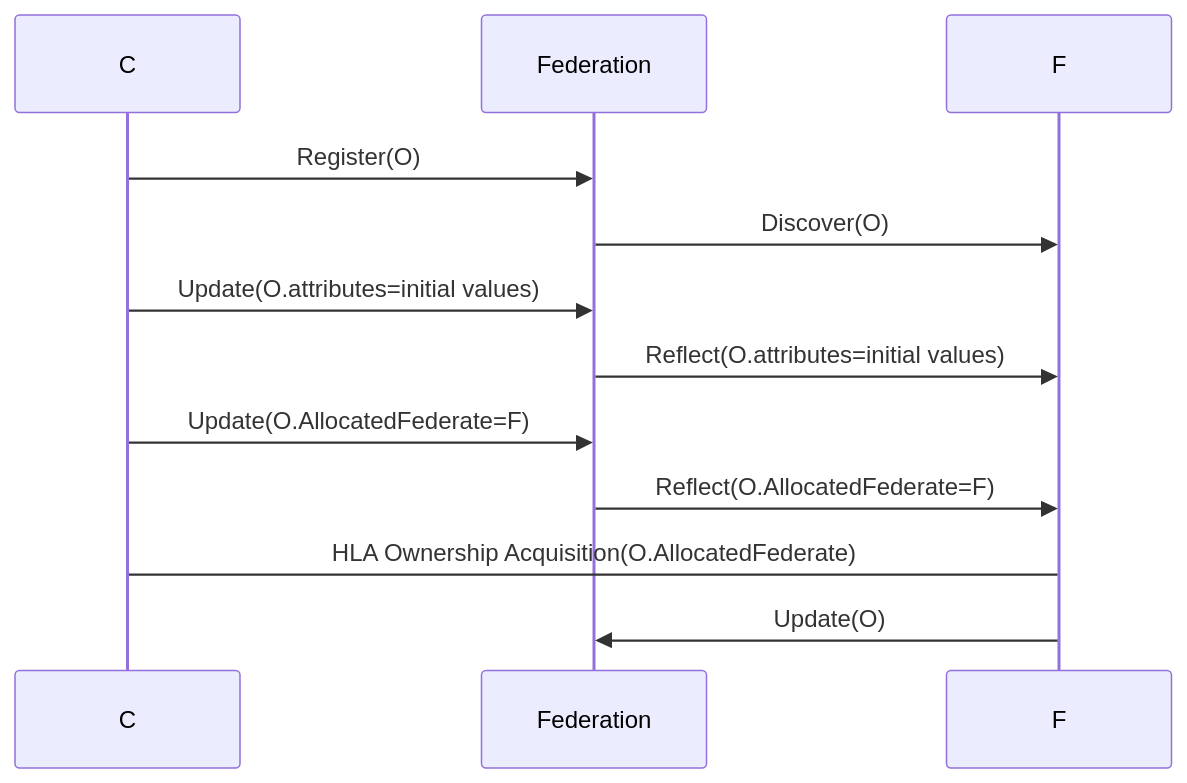
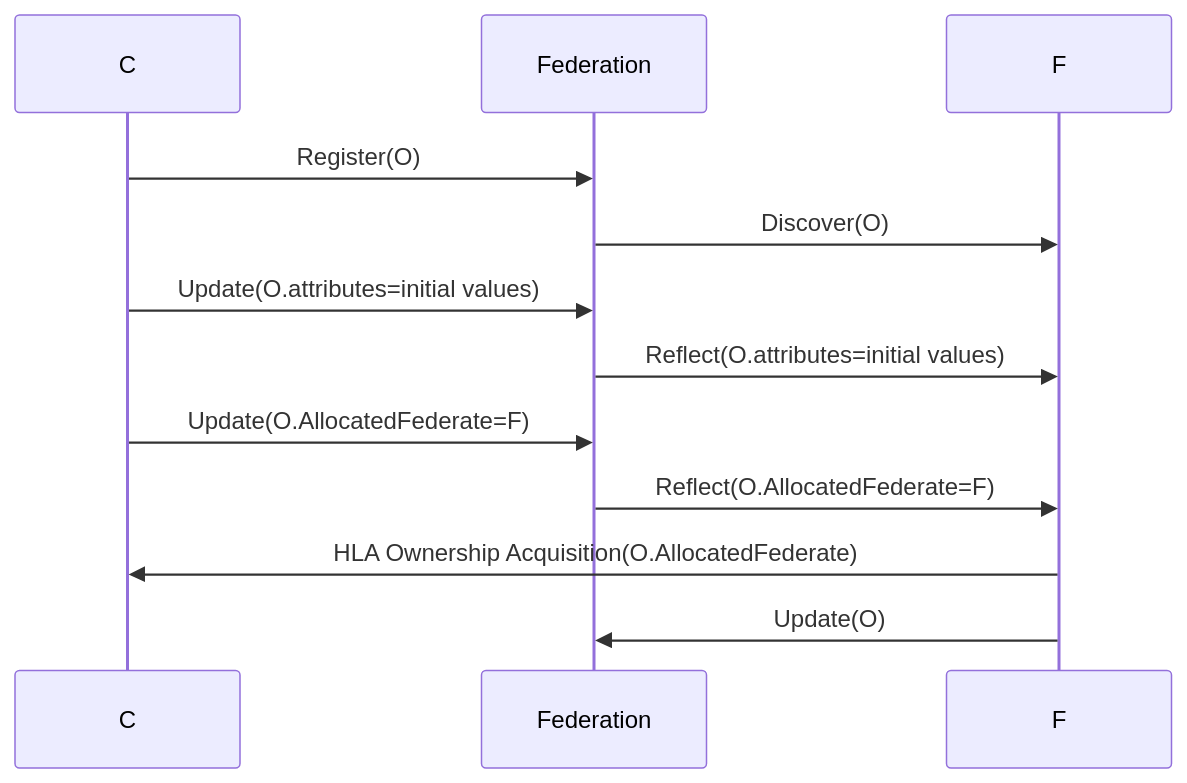
Before and after one commit to AMSP-04/NETN-FOM: the diagram in NETN-FOM.md, drawn with Mermaid. The commit also changed other lines of this file, not shown here.

````diff
--- a/NETN-FOM.md
+++ b/NETN-FOM.md
@@ -106,12 +106,12 @@
 ``` mermaid 
  
 sequenceDiagram 
 C->>Federation:Register(O) 
 Federation->>F:Discover(O)
 C->>Federation:Update(O.attributes=initial values)
 Federation->>F:Reflect(O.attributes=initial values)
 C->>Federation:Update(O.AllocatedFederate=F)
 Federation->>F:Reflect(O.AllocatedFederate=F)
-F->C:HLA Ownership Acquisition(O.AllocatedFederate)
+F->>C:HLA Ownership Acquisition(O.AllocatedFederate)
 F->>Federation:Update(O)
 ``` 
````
